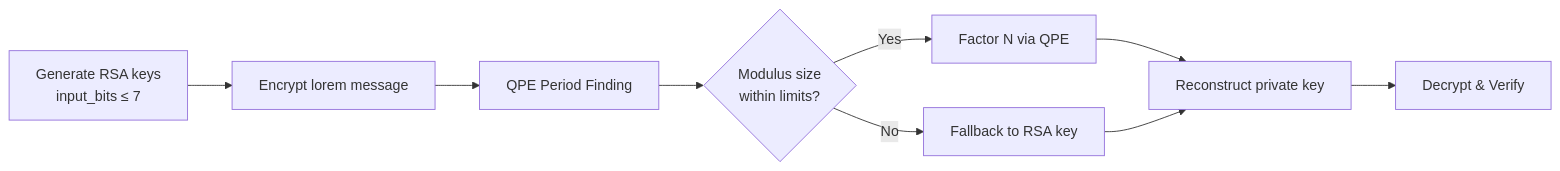
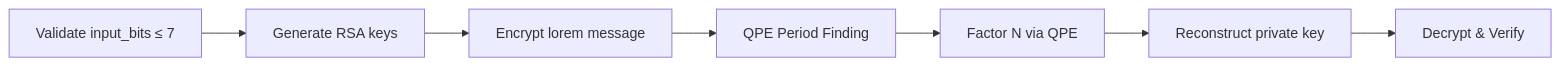
Before and after one commit to AvinashM-126/rsa_shor_qpe_sim: the diagram in README.md, drawn with Mermaid. The commit also changed other lines of this file and 8 other files, not shown here.

````diff
--- a/README.md
+++ b/README.md
@@ -93,11 +93,9 @@
 ```mermaid
 flowchart LR
-  A[Generate RSA keys<br/>input_bits ≤ 7] --> B[Encrypt lorem message]
-  B --> C[QPE Period Finding]
-  C --> D{Modulus size<br/>within limits?}
-  D -->|Yes| E[Factor N via QPE]
-  D -->|No| F[Fallback to RSA key]
-  E --> G[Reconstruct private key]
-  F --> G
-  G --> H[Decrypt & Verify]
+  A[Validate input_bits ≤ 7] --> B[Generate RSA keys]
+  B --> C[Encrypt lorem message]
+  C --> D[QPE Period Finding]
+  D --> E[Factor N via QPE]
+  E --> F[Reconstruct private key]
+  F --> G[Decrypt & Verify]
 ```
````
